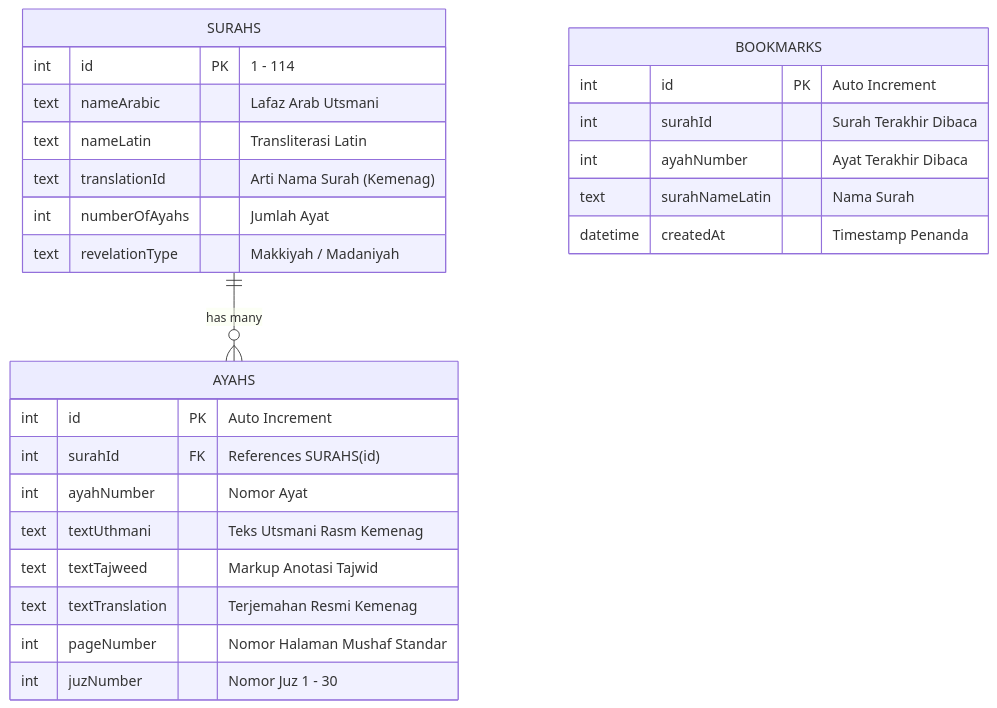
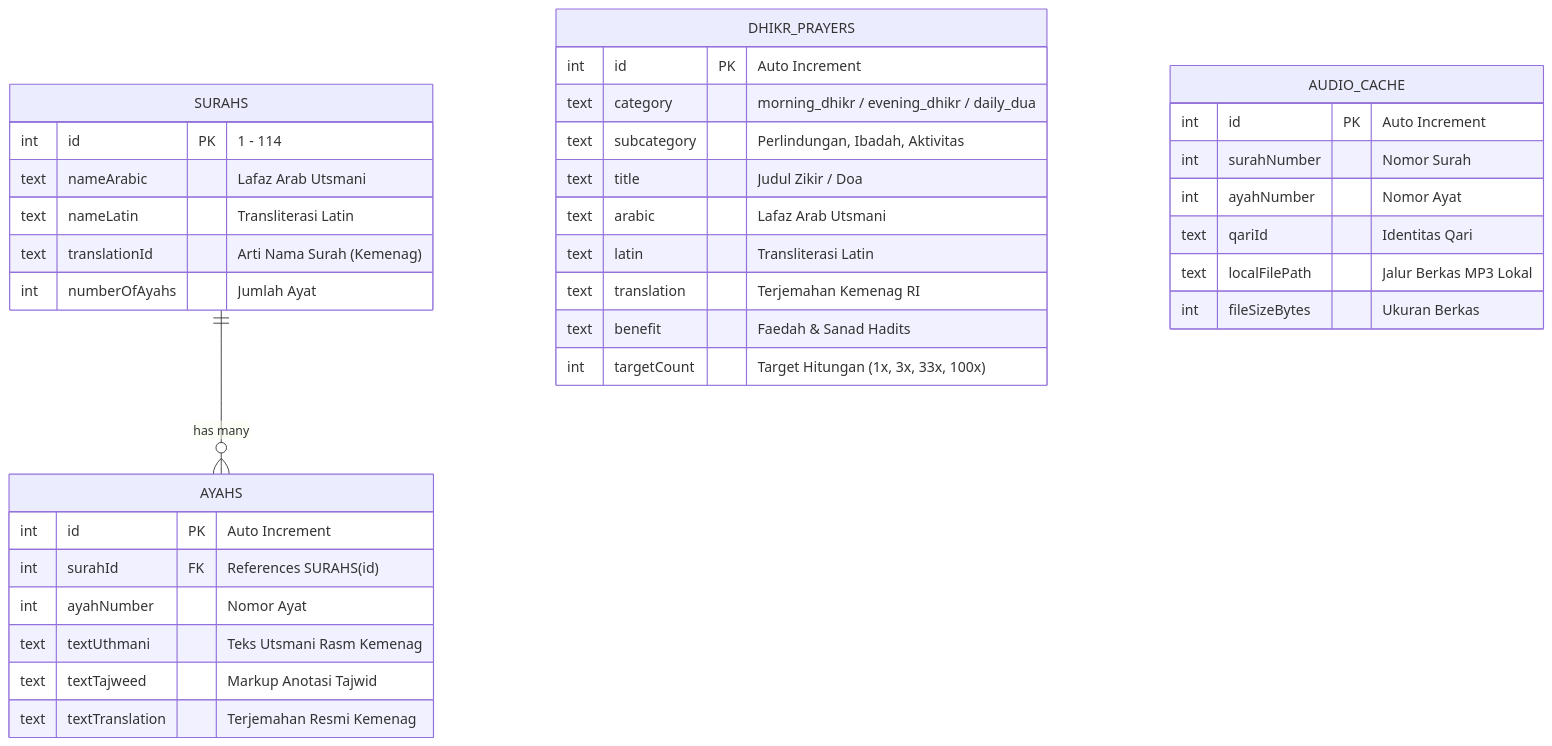
One commit to Michaelo7710/quranapp-showcase changed the third of 3 diagrams in README.md. Above: the diagram before and after it, drawn with Mermaid. The commit also changed other lines of this file and 15 other files, not shown here.

Commit message:
docs(showcase): update architecture deep-dive, 320 tests, Drift v3, Haptic Dhikr & new SVG icons

````diff
--- a/README.md
+++ b/README.md
@@ -152,29 +175,38 @@
 ```mermaid
 erDiagram
     SURAHS ||--o{ AYAHS : "has many"
     SURAHS {
         int id PK "1 - 114"
         text nameArabic "Lafaz Arab Utsmani"
         text nameLatin "Transliterasi Latin"
         text translationId "Arti Nama Surah (Kemenag)"
         int numberOfAyahs "Jumlah Ayat"
-        text revelationType "Makkiyah / Madaniyah"
     }
     AYAHS {
         int id PK "Auto Increment"
         int surahId FK "References SURAHS(id)"
         int ayahNumber "Nomor Ayat"
         text textUthmani "Teks Utsmani Rasm Kemenag"
         text textTajweed "Markup Anotasi Tajwid"
         text textTranslation "Terjemahan Resmi Kemenag"
-        int pageNumber "Nomor Halaman Mushaf Standar"
-        int juzNumber "Nomor Juz 1 - 30"
     }
-    BOOKMARKS {
+    DHIKR_PRAYERS {
         int id PK "Auto Increment"
-        int surahId "Surah Terakhir Dibaca"
-        int ayahNumber "Ayat Terakhir Dibaca"
-        text surahNameLatin "Nama Surah"
-        datetime createdAt "Timestamp Penanda"
+        text category "morning_dhikr / evening_dhikr / daily_dua"
+        text subcategory "Perlindungan, Ibadah, Aktivitas"
+        text title "Judul Zikir / Doa"
+        text arabic "Lafaz Arab Utsmani"
+        text latin "Transliterasi Latin"
+        text translation "Terjemahan Kemenag RI"
+        text benefit "Faedah & Sanad Hadits"
+        int targetCount "Target Hitungan (1x, 3x, 33x, 100x)"
+    }
+    AUDIO_CACHE {
+        int id PK "Auto Increment"
+        int surahNumber "Nomor Surah"
+        int ayahNumber "Nomor Ayat"
+        text qariId "Identitas Qari"
+        text localFilePath "Jalur Berkas MP3 Lokal"
+        int fileSizeBytes "Ukuran Berkas"
     }
 ```
````
